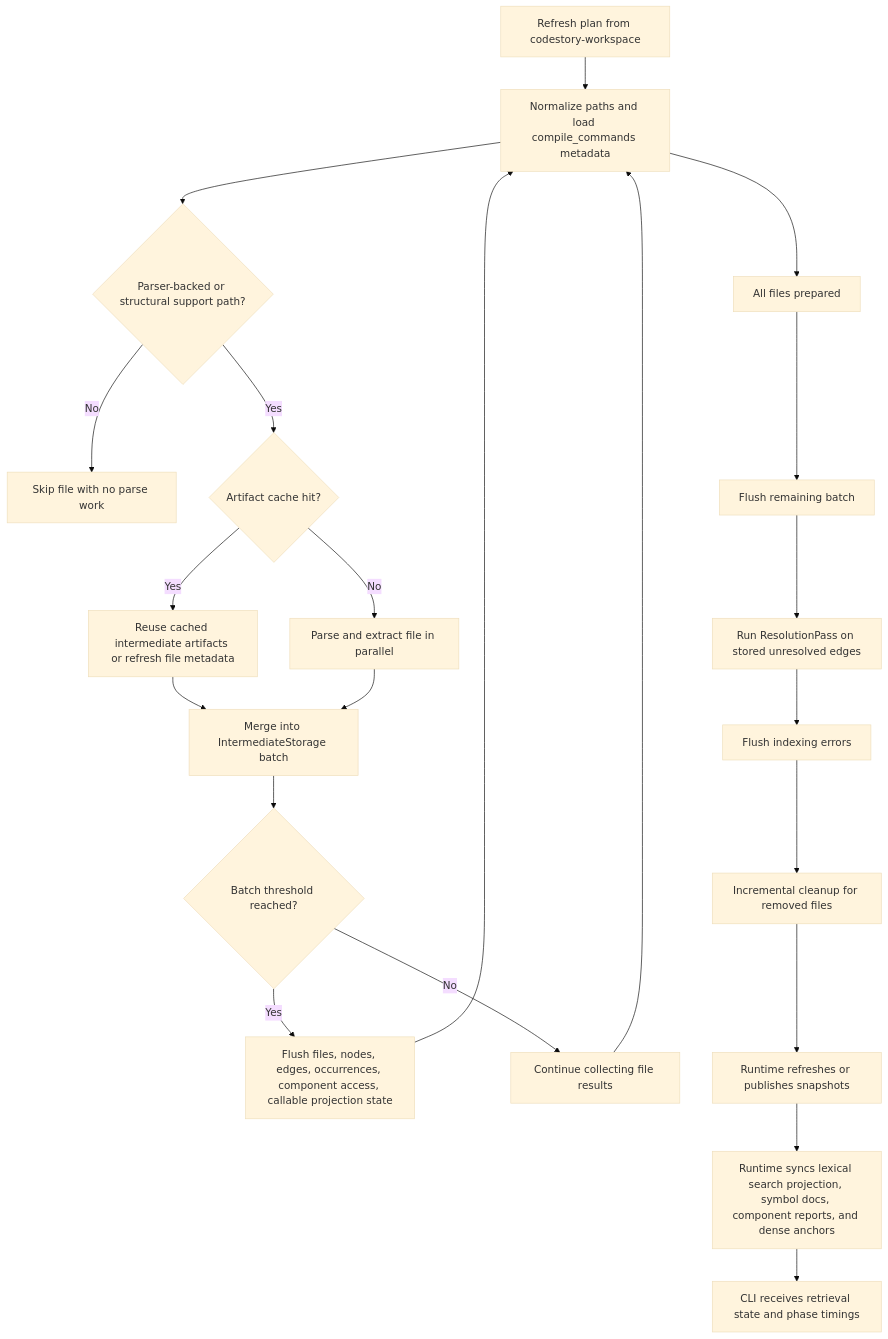
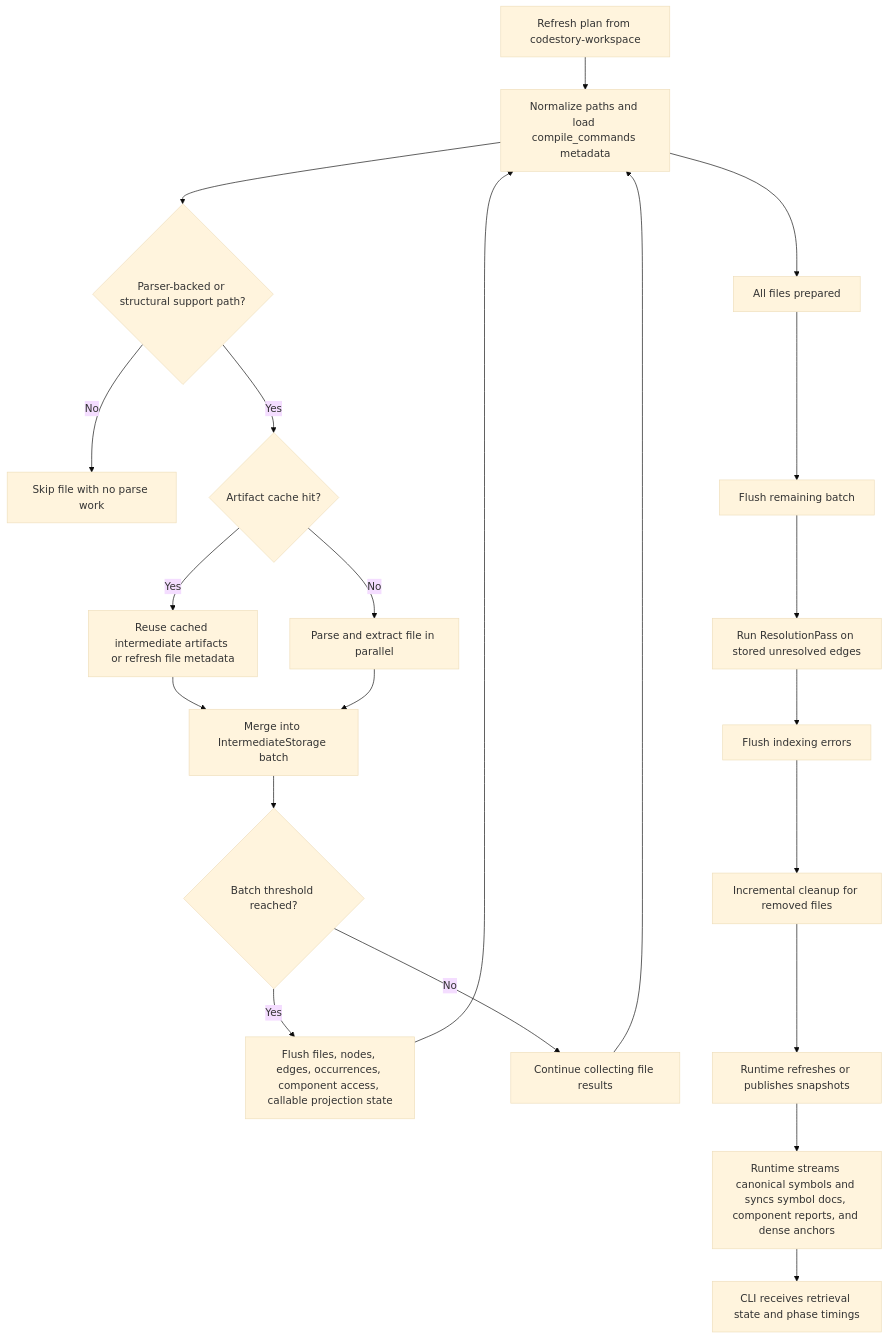
One commit to TheGreenCedar/CodeStory changed the third of 3 diagrams in docs/architecture/indexing-pipeline.md. Above: the diagram before and after it, drawn with Mermaid (base theme). The commit also changed other lines of this file and 13 other files, not shown here.

Commit message:
stream canonical search symbols

````diff
--- a/docs/architecture/indexing-pipeline.md
+++ b/docs/architecture/indexing-pipeline.md
@@ -83,24 +83,24 @@
 ```mermaid
 flowchart TD
     plan["Refresh plan from codestory-workspace"] --> prep["Normalize paths and load compile_commands metadata"]
     prep --> supported{"Parser-backed or structural support path?"}
     supported -->|"No"| skip["Skip file with no parse work"]
     supported -->|"Yes"| cache{"Artifact cache hit?"}
     cache -->|"Yes"| reuse["Reuse cached intermediate artifacts or refresh file metadata"]
     cache -->|"No"| parse["Parse and extract file in parallel"]
     reuse --> merge["Merge into IntermediateStorage batch"]
     parse --> merge
     merge --> flush{"Batch threshold reached?"}
     flush -->|"Yes"| write["Flush files, nodes, edges, occurrences, component access, callable projection state"]
     flush -->|"No"| more["Continue collecting file results"]
     more --> prep
     write --> prep
     prep --> done["All files prepared"]
     done --> finalflush["Flush remaining batch"]
     finalflush --> resolve["Run ResolutionPass on stored unresolved edges"]
     resolve --> errors["Flush indexing errors"]
     errors --> cleanup["Incremental cleanup for removed files"]
     cleanup --> snapshots["Runtime refreshes or publishes snapshots"]
-    snapshots --> semantic["Runtime syncs lexical search projection, symbol docs, component reports, and dense anchors"]
+    snapshots --> semantic["Runtime streams canonical symbols and syncs symbol docs, component reports, and dense anchors"]
     semantic --> summary["CLI receives retrieval state and phase timings"]
 ```
````
